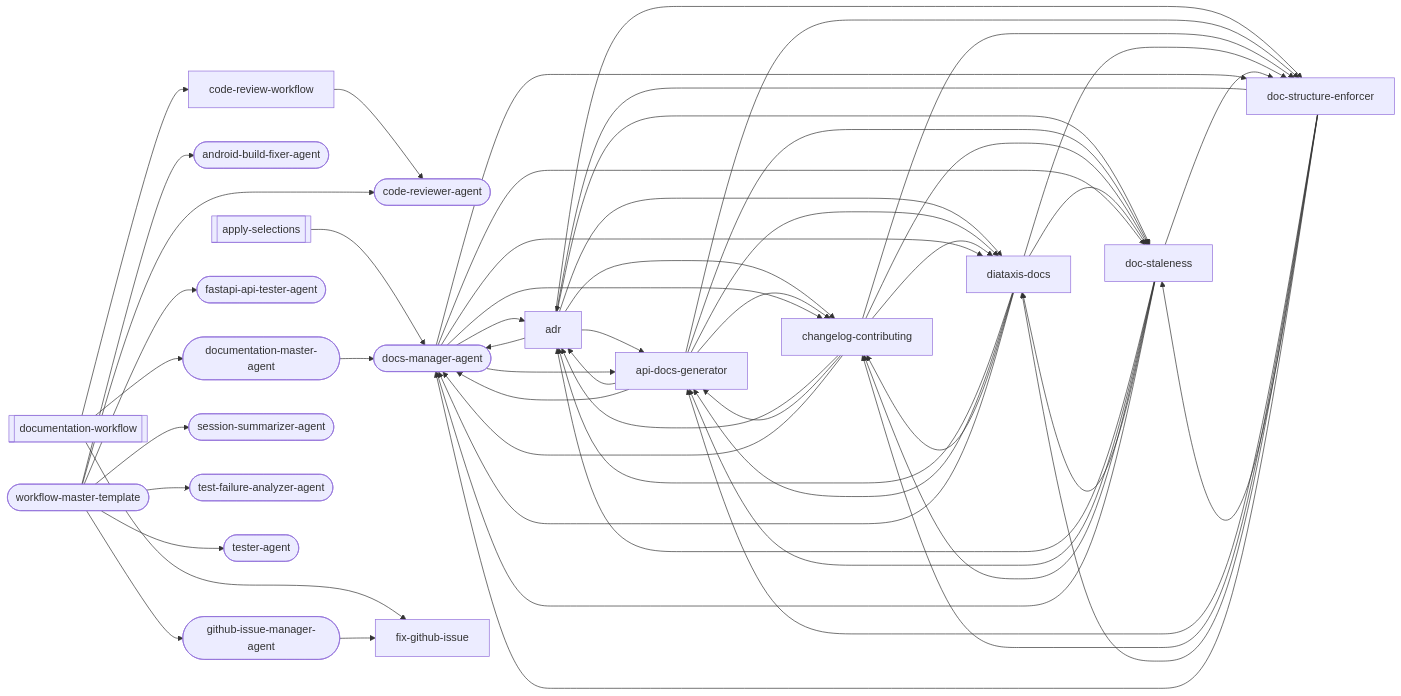
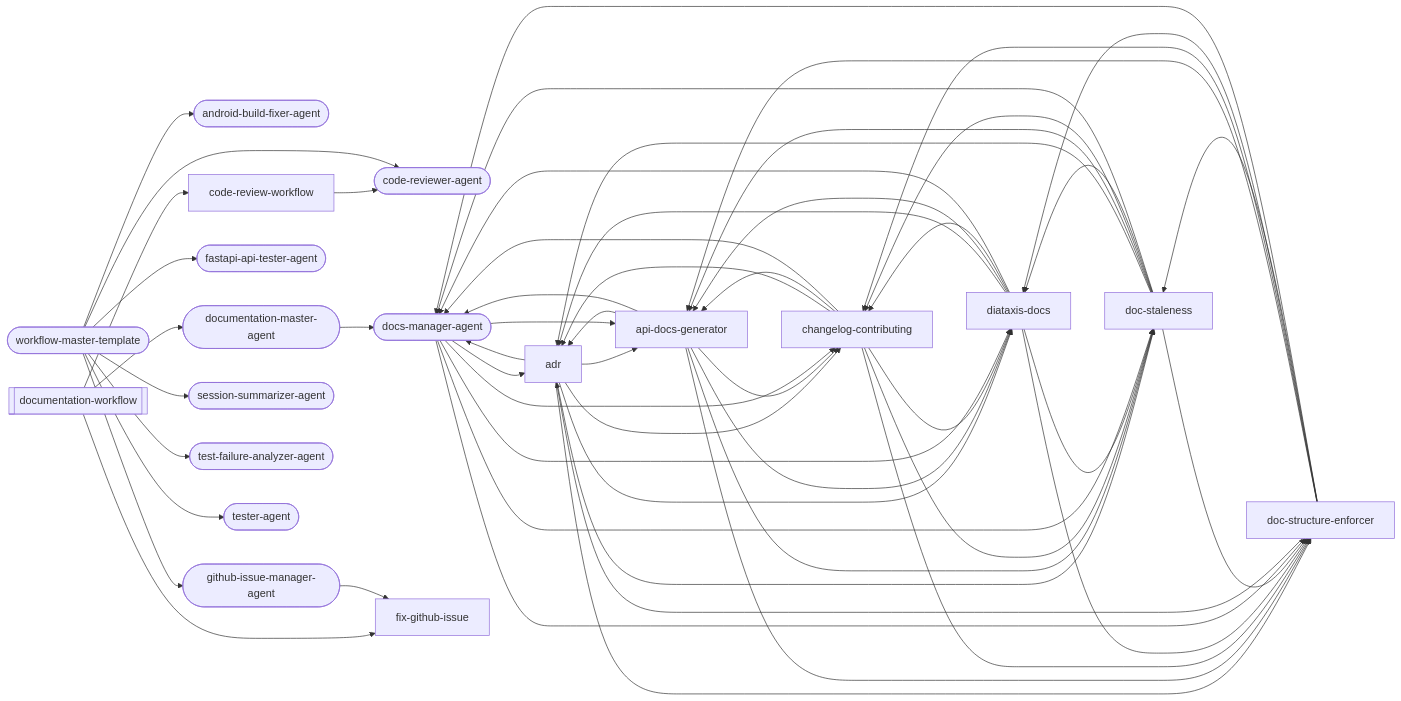
One commit to abhayla/claude-best-practices changed the fourth of 13 diagrams in docs/workflows/documentation.md. Above: the diagram before and after it, drawn with Mermaid. The commit also changed other lines of this file and 76 other files, not shown here.

````diff
--- a/docs/workflows/documentation.md
+++ b/docs/workflows/documentation.md
@@ -564,79 +536,77 @@
 ```mermaid
 graph LR
-    apply_selections[["apply-selections"]]
     documentation_workflow[["documentation-workflow"]]
     workflow_master_template(["workflow-master-template"])
     adr["adr"]
     android_build_fixer_agent(["android-build-fixer-agent"])
     api_docs_generator["api-docs-generator"]
     changelog_contributing["changelog-contributing"]
     code_review_workflow["code-review-workflow"]
     code_reviewer_agent(["code-reviewer-agent"])
     diataxis_docs["diataxis-docs"]
     doc_staleness["doc-staleness"]
     doc_structure_enforcer["doc-structure-enforcer"]
     docs_manager_agent(["docs-manager-agent"])
     documentation_master_agent(["documentation-master-agent"])
     fastapi_api_tester_agent(["fastapi-api-tester-agent"])
     fix_github_issue["fix-github-issue"]
     github_issue_manager_agent(["github-issue-manager-agent"])
     session_summarizer_agent(["session-summarizer-agent"])
     test_failure_analyzer_agent(["test-failure-analyzer-agent"])
     tester_agent(["tester-agent"])
     adr --> api_docs_generator
     adr --> changelog_contributing
     adr --> diataxis_docs
     adr --> doc_staleness
     adr --> doc_structure_enforcer
     adr --> docs_manager_agent
     api_docs_generator --> adr
     api_docs_generator --> changelog_contributing
     api_docs_generator --> diataxis_docs
     api_docs_generator --> doc_staleness
     api_docs_generator --> doc_structure_enforcer
     api_docs_generator --> docs_manager_agent
-    apply_selections --> docs_manager_agent
     changelog_contributing --> adr
     changelog_contributing --> api_docs_generator
     changelog_contributing --> diataxis_docs
     changelog_contributing --> doc_staleness
     changelog_contributing --> doc_structure_enforcer
     changelog_contributing --> docs_manager_agent
     code_review_workflow --> code_reviewer_agent
     diataxis_docs --> adr
     diataxis_docs --> api_docs_generator
     diataxis_docs --> changelog_contributing
     diataxis_docs --> doc_staleness
     diataxis_docs --> doc_structure_enforcer
     diataxis_docs --> docs_manager_agent
     doc_staleness --> adr
     doc_staleness --> api_docs_generator
     doc_staleness --> changelog_contributing
     doc_staleness --> diataxis_docs
     doc_staleness --> doc_structure_enforcer
     doc_staleness --> docs_manager_agent
     doc_structure_enforcer --> adr
     doc_structure_enforcer --> api_docs_generator
     doc_structure_enforcer --> changelog_contributing
     doc_structure_enforcer --> diataxis_docs
     doc_structure_enforcer --> doc_staleness
     doc_structure_enforcer --> docs_manager_agent
     documentation_workflow --> code_review_workflow
     documentation_workflow --> fix_github_issue
     documentation_workflow --> documentation_master_agent
     docs_manager_agent --> adr
     docs_manager_agent --> api_docs_generator
     docs_manager_agent --> changelog_contributing
     docs_manager_agent --> diataxis_docs
     docs_manager_agent --> doc_staleness
     docs_manager_agent --> doc_structure_enforcer
     documentation_master_agent --> docs_manager_agent
     github_issue_manager_agent --> fix_github_issue
     workflow_master_template --> android_build_fixer_agent
     workflow_master_template --> code_reviewer_agent
     workflow_master_template --> fastapi_api_tester_agent
     workflow_master_template --> github_issue_manager_agent
     workflow_master_template --> session_summarizer_agent
     workflow_master_template --> test_failure_analyzer_agent
     workflow_master_template --> tester_agent
 ```
````
